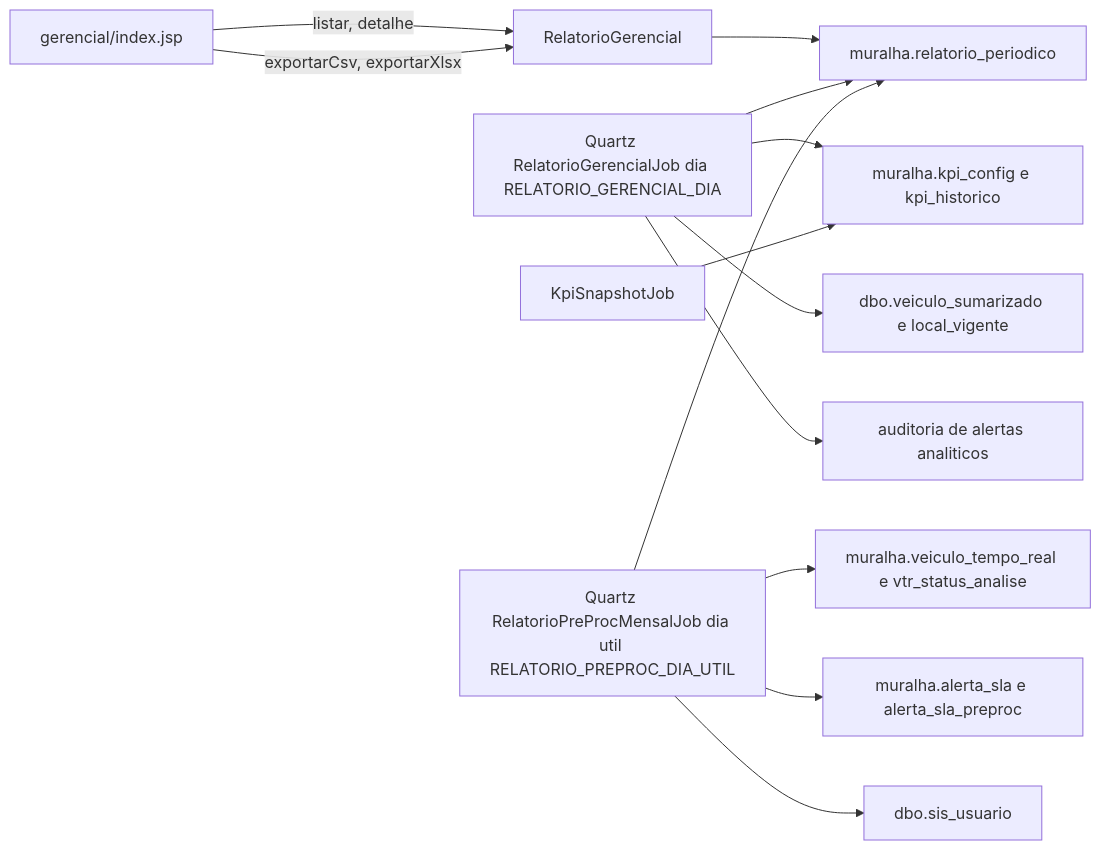
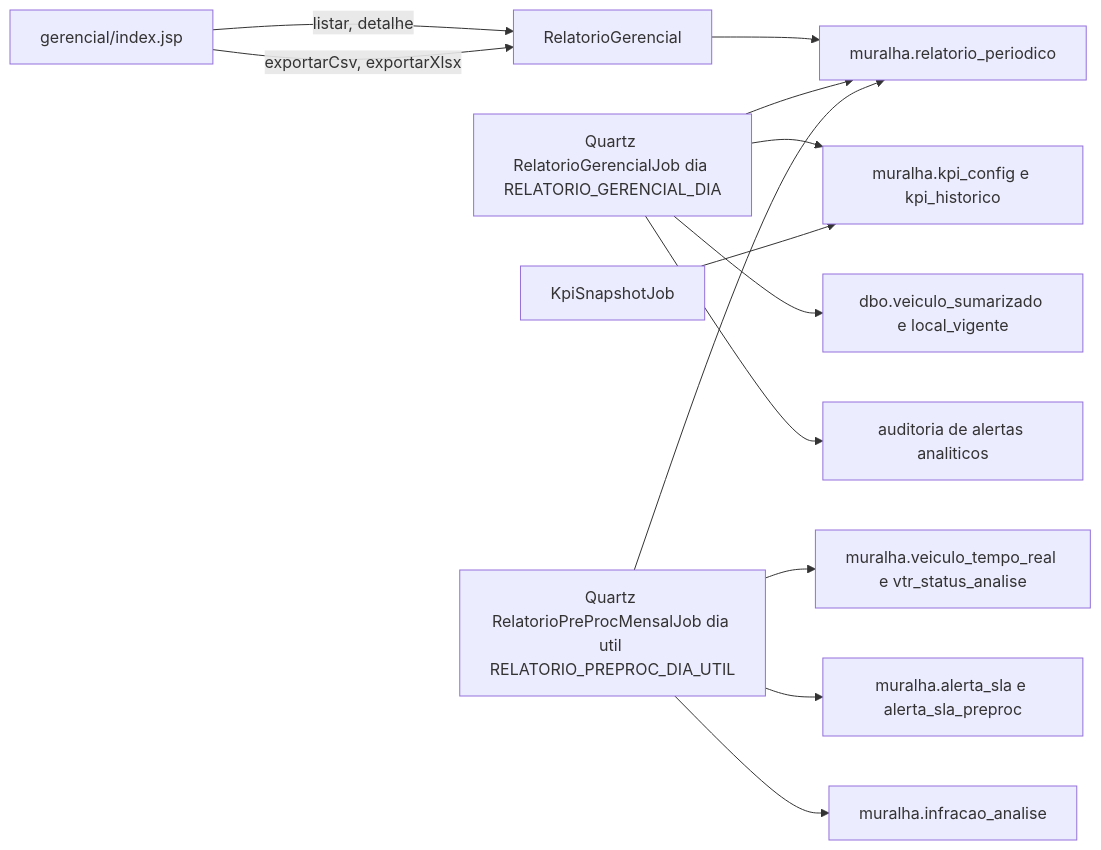
Diagram 21 of 31 in docs/banco-de-dados/estrutura-dados-por-tela.md (gustavoflandal/GTW-CWB), drawn with Mermaid before and after one commit. The commit also changed other lines of this file and 87 other files, not shown here.

````diff
--- a/docs/banco-de-dados/estrutura-dados-por-tela.md
+++ b/docs/banco-de-dados/estrutura-dados-por-tela.md
@@ -1188,15 +1195,15 @@
 ```mermaid
 flowchart LR
     T["gerencial/index.jsp"] -->|"listar, detalhe"| S["RelatorioGerencial"]
     T -->|"exportarCsv, exportarXlsx"| S
     S --> R["muralha.relatorio_periodico"]
     J1["Quartz RelatorioGerencialJob dia RELATORIO_GERENCIAL_DIA"] --> R
     J2["Quartz RelatorioPreProcMensalJob dia util RELATORIO_PREPROC_DIA_UTIL"] --> R
     J1 --> K["muralha.kpi_config e kpi_historico"]
     J1 --> V["dbo.veiculo_sumarizado e local_vigente"]
     J1 --> A["auditoria de alertas analiticos"]
     J2 --> VT["muralha.veiculo_tempo_real e vtr_status_analise"]
     J2 --> SL["muralha.alerta_sla e alerta_sla_preproc"]
-    J2 --> U["dbo.sis_usuario"]
+    J2 --> U["muralha.infracao_analise"]
     KJ["KpiSnapshotJob"] --> K
 ```
````
